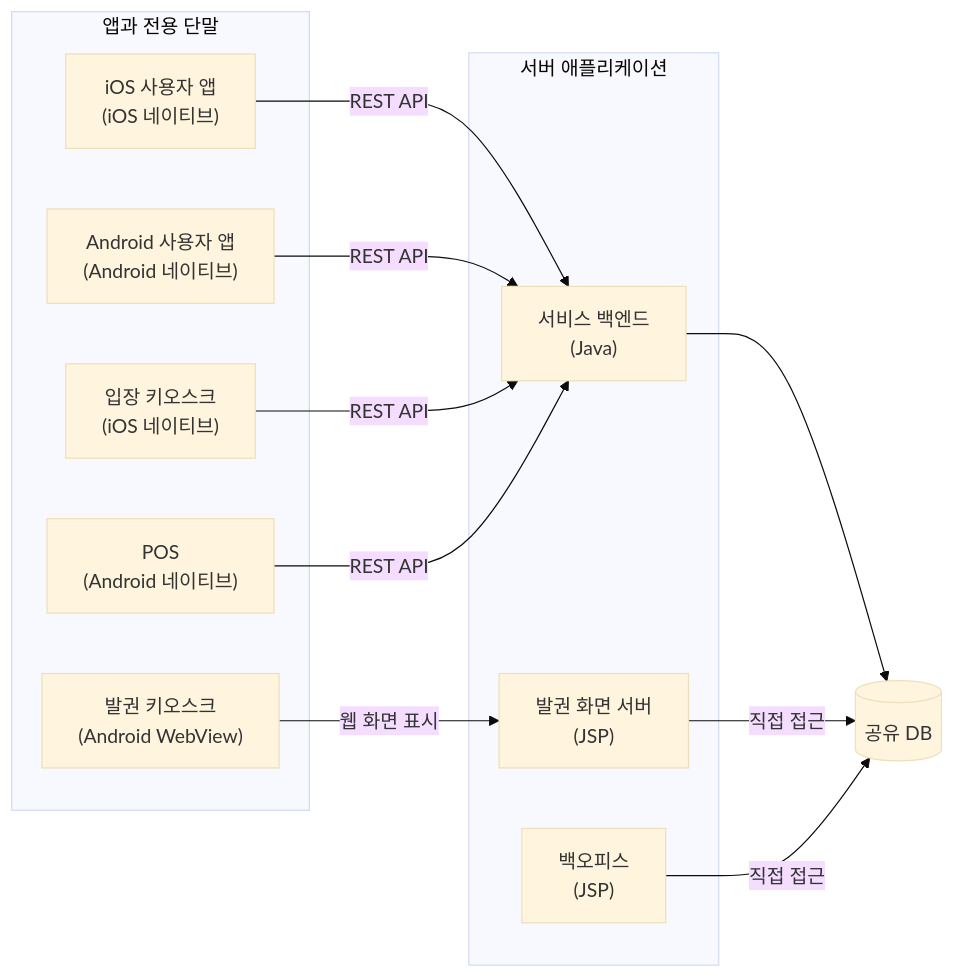
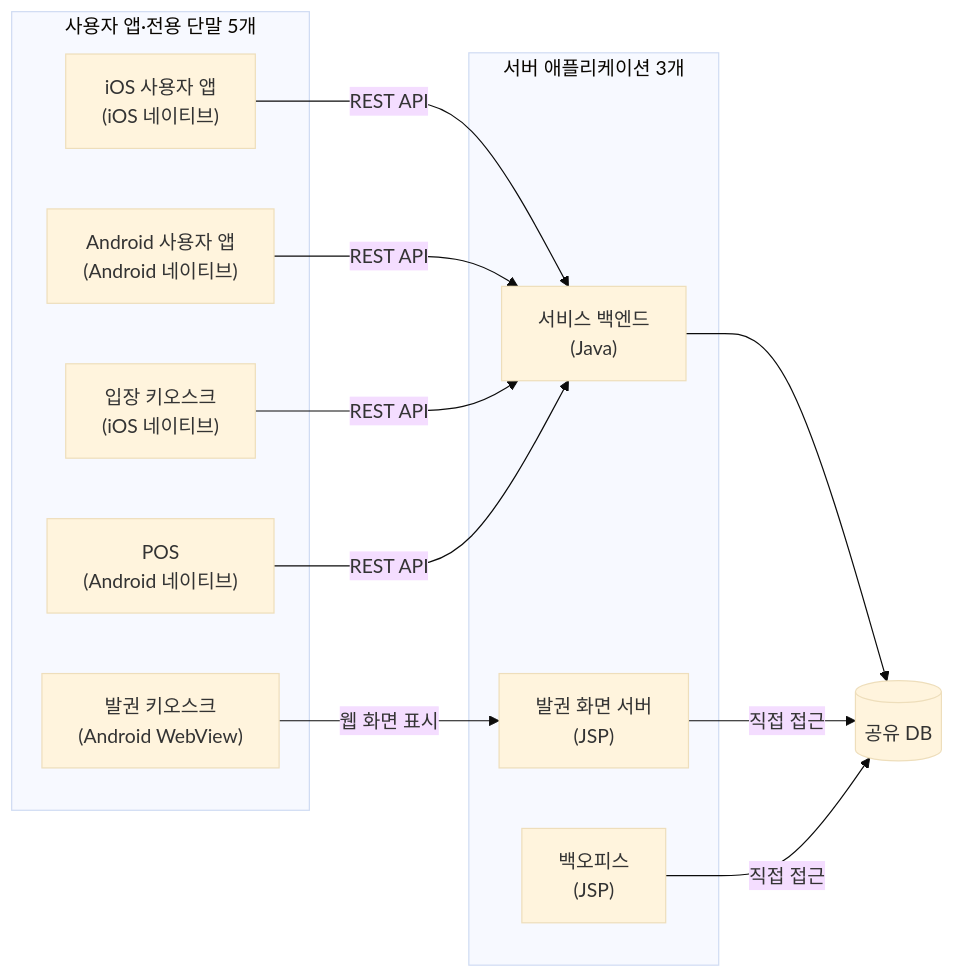
Before and after one commit to mannercode/mannercode.github.io: the diagram in aicode/ai_coding_part1.md, drawn with Mermaid (base theme). The commit also changed other lines of this file and 1 other file, not shown here.

````diff
--- a/aicode/ai_coding_part1.md
+++ b/aicode/ai_coding_part1.md
@@ -75,28 +38,28 @@
 ```mermaid
 flowchart LR
-    subgraph Devices["앱과 전용 단말"]
+    subgraph Devices["사용자 앱·전용 단말 5개"]
         UserAppIOS["iOS 사용자 앱<br/>(iOS 네이티브)"]
         UserAppAndroid["Android 사용자 앱<br/>(Android 네이티브)"]
         EntranceKiosk["입장 키오스크<br/>(iOS 네이티브)"]
         Pos["POS<br/>(Android 네이티브)"]
         TicketKiosk["발권 키오스크<br/>(Android WebView)"]
     end
 
-    subgraph Servers["서버 애플리케이션"]
+    subgraph Servers["서버 애플리케이션 3개"]
         Backend["서비스 백엔드<br/>(Java)"]
         TicketServer["발권 화면 서버<br/>(JSP)"]
         Backoffice["백오피스<br/>(JSP)"]
     end
 
     Database[("공유 DB")]
 
     UserAppIOS -->|REST API| Backend
     UserAppAndroid -->|REST API| Backend
     EntranceKiosk -->|REST API| Backend
     Pos -->|REST API| Backend
     TicketKiosk -->|웹 화면 표시| TicketServer
 
     Backend --> Database
     TicketServer -->|직접 접근| Database
     Backoffice -->|직접 접근| Database
 ```
````
